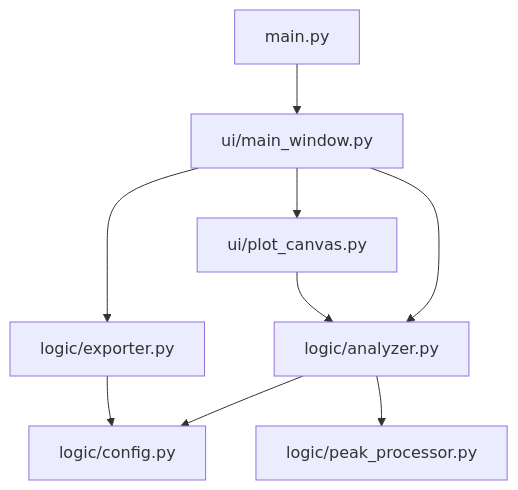
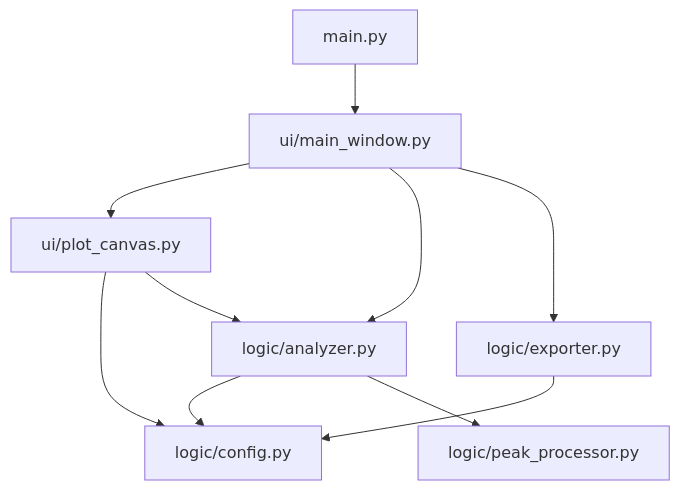
One commit to liqinglq666/NMR-Pore-Analyzer changed the first of 2 diagrams in README.md. Above: the diagram before and after it, drawn with Mermaid. The commit also changed other lines of this file, not shown here.

````diff
--- a/README.md
+++ b/README.md
@@ -25,11 +45,12 @@
 ```mermaid
 flowchart TD
     main["main.py"] --> mw["ui/main_window.py"]
     mw --> pc["ui/plot_canvas.py"]
     mw --> az["logic/analyzer.py"]
     mw --> ex["logic/exporter.py"]
     az --> cfg["logic/config.py"]
     az --> pp["logic/peak_processor.py"]
     ex --> cfg
+    pc --> cfg
     pc --> az
 ```
````
